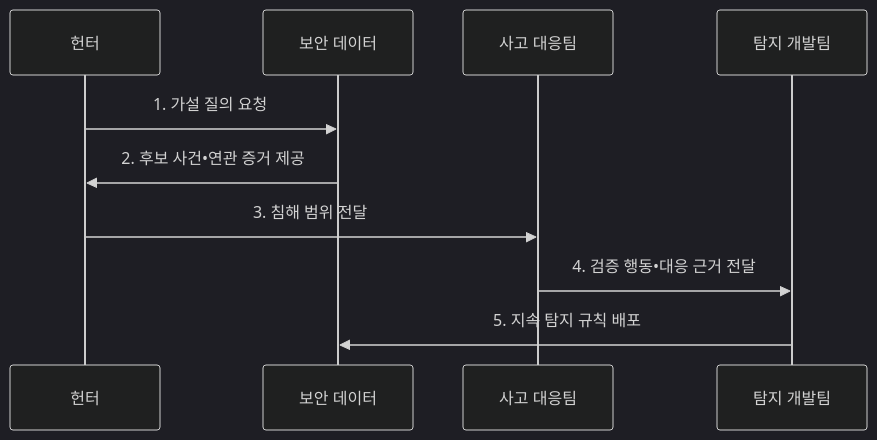
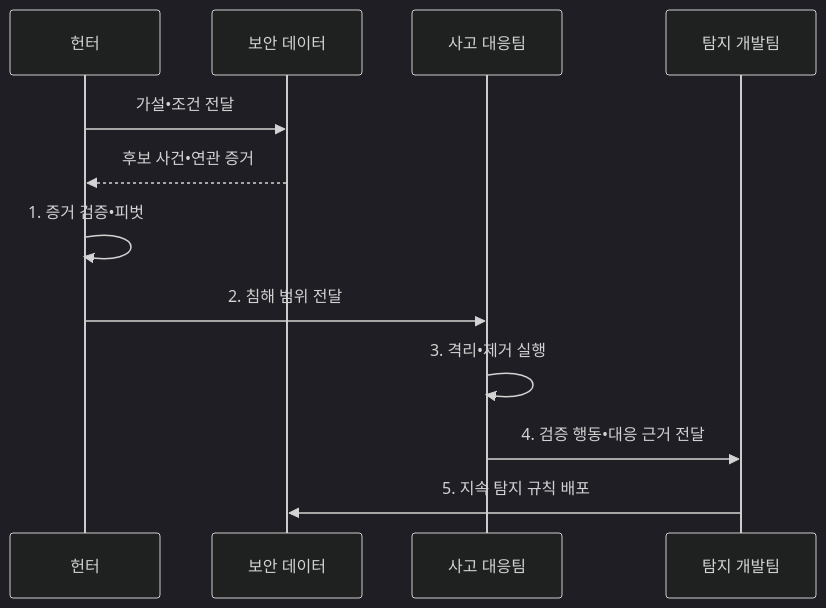
One commit to agnusdei1207/knowledge-base changed the second of 2 diagrams in src/content/docs/notes/05-security/030_threat_hunting.md. Above: the diagram before and after it, drawn with Mermaid (dark theme). The commit also changed other lines of this file and 13 other files, not shown here.

````diff
--- a/src/content/docs/notes/05-security/030_threat_hunting.md
+++ b/src/content/docs/notes/05-security/030_threat_hunting.md
@@ -106,12 +106,14 @@
 ```mermaid
 sequenceDiagram
     participant H as 헌터
     participant D as 보안 데이터
     participant I as 사고 대응팀
     participant A as 탐지 개발팀
-    H->>D: 1. 가설 질의 요청
-    D->>H: 2. 후보 사건•연관 증거 제공
-    H->>I: 3. 침해 범위 전달
+    H->>D: 가설•조건 전달
+    D-->>H: 후보 사건•연관 증거
+    H->>H: 1. 증거 검증•피벗
+    H->>I: 2. 침해 범위 전달
+    I->>I: 3. 격리•제거 실행
     I->>A: 4. 검증 행동•대응 근거 전달
     A->>D: 5. 지속 탐지 규칙 배포
 ```
````
